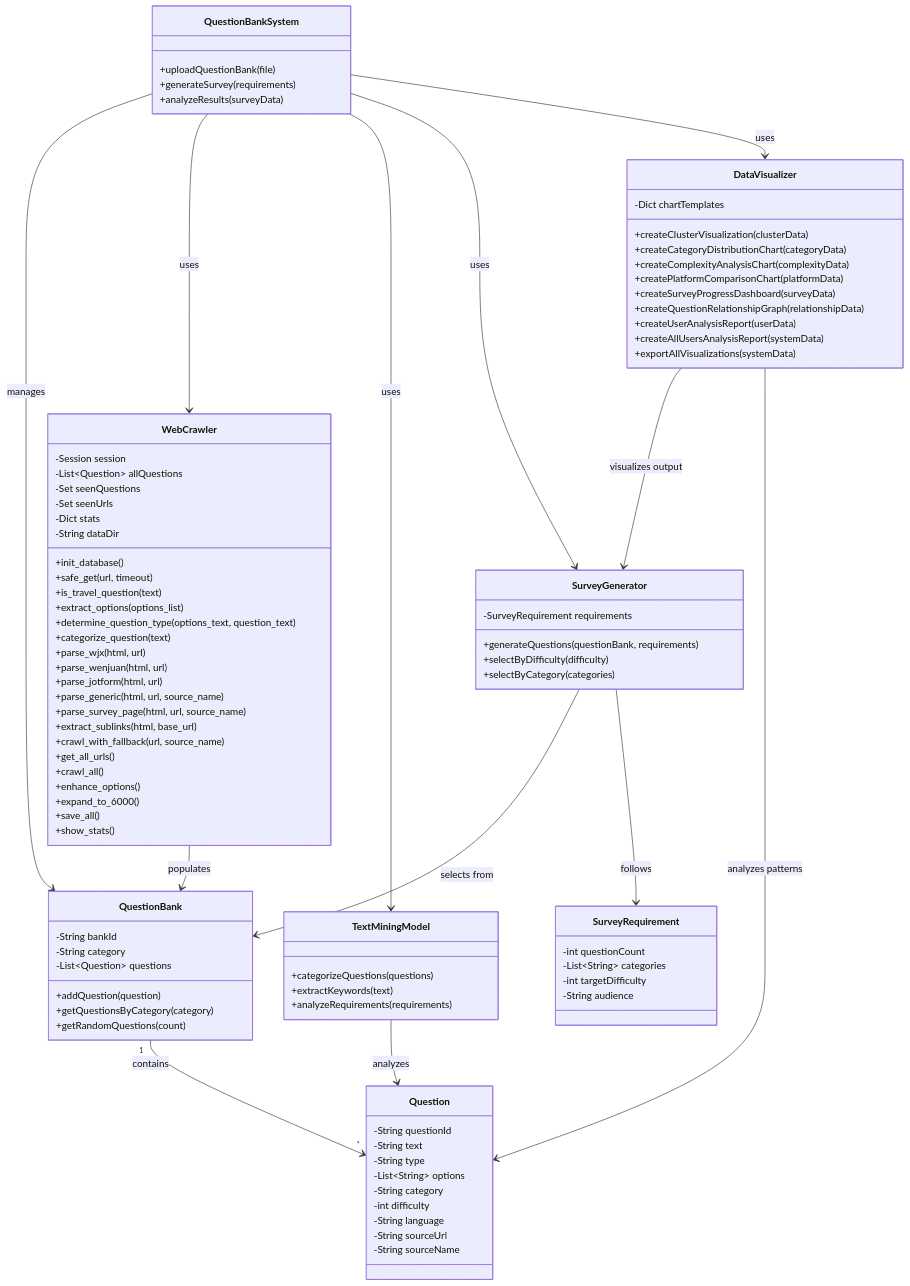
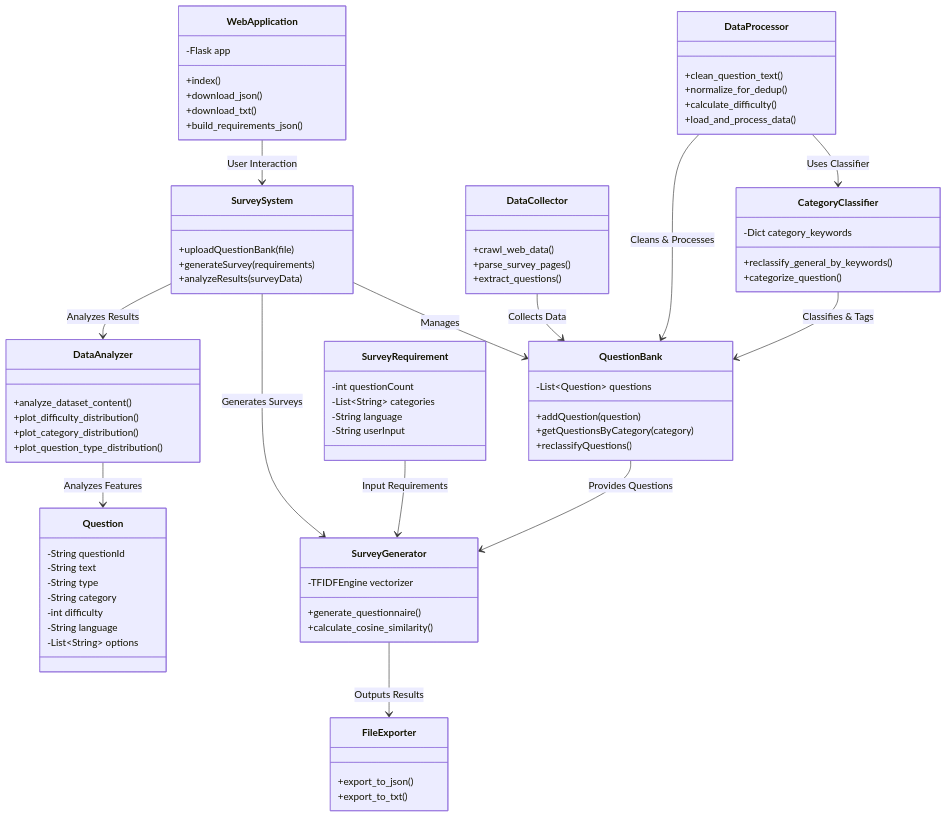
The diagram in functional_oo_diagram.mmd (decieve4/7008-Group-Project), drawn with Mermaid before and after one commit.

```diff
--- a/functional_oo_diagram.mmd
+++ b/functional_oo_diagram.mmd
@@ -1,107 +1,103 @@
 ---
 config:
   layout: dagre
   theme: mc
 ---
 classDiagram
-    class QuestionBankSystem {
+    %% Core System Classes
+    class SurveySystem {
         +uploadQuestionBank(file)
         +generateSurvey(requirements)
         +analyzeResults(surveyData)
     }
     
+    class WebApplication {
+        -Flask app
+        +index()
+        +download_json()
+        +download_txt()
+        +build_requirements_json()
+    }
+    
+    %% Data Layer Classes
     class QuestionBank {
-        -String bankId
-        -String category
         -List~Question~ questions
         +addQuestion(question)
         +getQuestionsByCategory(category)
-        +getRandomQuestions(count)
+        +reclassifyQuestions()
     }
     
     class Question {
         -String questionId
         -String text
         -String type
-        -List~String~ options
         -String category
         -int difficulty
         -String language
-        -String sourceUrl
-        -String sourceName
-    }
-    
-    class WebCrawler {
-        -Session session
-        -List~Question~ allQuestions
-        -Set seenQuestions
-        -Set seenUrls
-        -Dict stats
-        -String dataDir
-        +init_database()
-        +safe_get(url, timeout)
-        +is_travel_question(text)
-        +extract_options(options_list)
-        +determine_question_type(options_text, question_text)
-        +categorize_question(text)
-        +parse_wjx(html, url)
-        +parse_wenjuan(html, url)
-        +parse_jotform(html, url)
-        +parse_generic(html, url, source_name)
-        +parse_survey_page(html, url, source_name)
-        +extract_sublinks(html, base_url)
-        +crawl_with_fallback(url, source_name)
-        +get_all_urls()
-        +crawl_all()
-        +enhance_options()
-        +expand_to_6000()
-        +save_all()
-        +show_stats()
-    }
-    
-    class TextMiningModel {
-        +categorizeQuestions(questions)
-        +extractKeywords(text)
-        +analyzeRequirements(requirements)
-    }
-    
-    class SurveyGenerator {
-        -SurveyRequirement requirements
-        +generateQuestions(questionBank, requirements)
-        +selectByDifficulty(difficulty)
-        +selectByCategory(categories)
+        -List~String~ options
     }
     
     class SurveyRequirement {
         -int questionCount
         -List~String~ categories
-        -int targetDifficulty
-        -String audience
+        -String language
+        -String userInput
     }
     
-    class DataVisualizer {
-        -Dict chartTemplates
-        +createClusterVisualization(clusterData)
-        +createCategoryDistributionChart(categoryData)
-        +createComplexityAnalysisChart(complexityData)
-        +createPlatformComparisonChart(platformData)
-        +createSurveyProgressDashboard(surveyData)
-        +createQuestionRelationshipGraph(relationshipData)
-        +createUserAnalysisReport(userData)
-        +createAllUsersAnalysisReport(systemData)
-        +exportAllVisualizations(systemData)
+    %% Processing Engine Classes
+    class DataCollector {
+        +crawl_web_data()
+        +parse_survey_pages()
+        +extract_questions()
     }
     
-    QuestionBankSystem --> QuestionBank : manages
-    QuestionBankSystem --> WebCrawler : uses
-    QuestionBankSystem --> TextMiningModel : uses
-    QuestionBankSystem --> SurveyGenerator : uses
-    QuestionBankSystem --> DataVisualizer : uses
+    class DataProcessor {
+        +clean_question_text()
+        +normalize_for_dedup()
+        +calculate_difficulty()
+        +load_and_process_data()
+    }
     
-    QuestionBank "1" --> "*" Question : contains
-    WebCrawler --> QuestionBank : populates
-    TextMiningModel --> Question : analyzes
-    SurveyGenerator --> QuestionBank : selects from
-    SurveyGenerator --> SurveyRequirement : follows
-    DataVisualizer --> SurveyGenerator : visualizes output
-    DataVisualizer --> Question : analyzes patterns
+    class CategoryClassifier {
+        -Dict category_keywords
+        +reclassify_general_by_keywords()
+        +categorize_question()
+    }
+    
+    class SurveyGenerator {
+        -TFIDFEngine vectorizer
+        +generate_questionnaire()
+        +calculate_cosine_similarity()
+    }
+    
+    class DataAnalyzer {
+        +analyze_dataset_content()
+        +plot_difficulty_distribution()
+        +plot_category_distribution()
+        +plot_question_type_distribution()
+    }
+    
+    class FileExporter {
+        +export_to_json()
+        +export_to_txt()
+    }
+    
+    %% Core System Relationships
+    WebApplication --> SurveySystem : User Interaction
+    SurveySystem --> QuestionBank : Manages
+    SurveySystem --> SurveyGenerator : Generates Surveys
+    SurveySystem --> DataAnalyzer : Analyzes Results
+    
+    %% Data Processing Pipeline
+    DataCollector --> QuestionBank : Collects Data
+    DataProcessor --> QuestionBank : Cleans & Processes
+    CategoryClassifier --> QuestionBank : Classifies & Tags
+    
+    %% Survey Generation Flow
+    SurveyRequirement --> SurveyGenerator : Input Requirements
+    QuestionBank --> SurveyGenerator : Provides Questions
+    SurveyGenerator --> FileExporter : Outputs Results
+    
+    %% Component Dependencies
+    DataProcessor --> CategoryClassifier : Uses Classifier
+    DataAnalyzer --> Question : Analyzes Features
```
